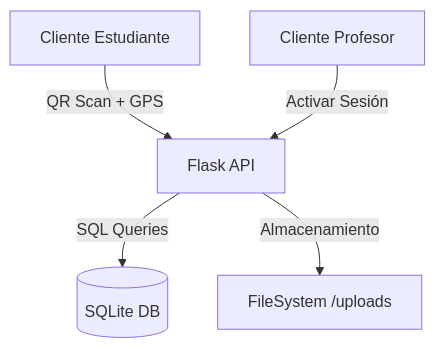
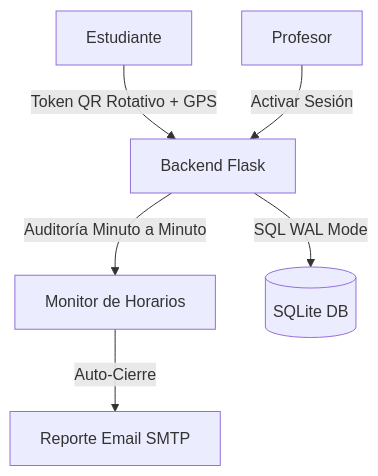
Before and after one commit to shepro28031628/Gestor-de-Asistencia-Universidad: the diagram in README.md, drawn with Mermaid. The commit also changed other lines of this file and 19 other files, not shown here.

````diff
--- a/README.md
+++ b/README.md
@@ -39,7 +39,8 @@
 ```mermaid
 graph TD
-    A[Cliente Estudiante] -->|QR Scan + GPS| B[Flask API]
-    C[Cliente Profesor] -->|Activar Sesión| B
-    B -->|SQL Queries| D[(SQLite DB)]
-    B -->|Almacenamiento| E[FileSystem /uploads]
+    A[Estudiante] -->|Token QR Rotativo + GPS| B[Backend Flask]
+    C[Profesor] -->|Activar Sesión| B
+    B -->|Auditoría Minuto a Minuto| D[Monitor de Horarios]
+    D -->|Auto-Cierre| E[Reporte Email SMTP]
+    B -->|SQL WAL Mode| F[(SQLite DB)]
 ```
````
